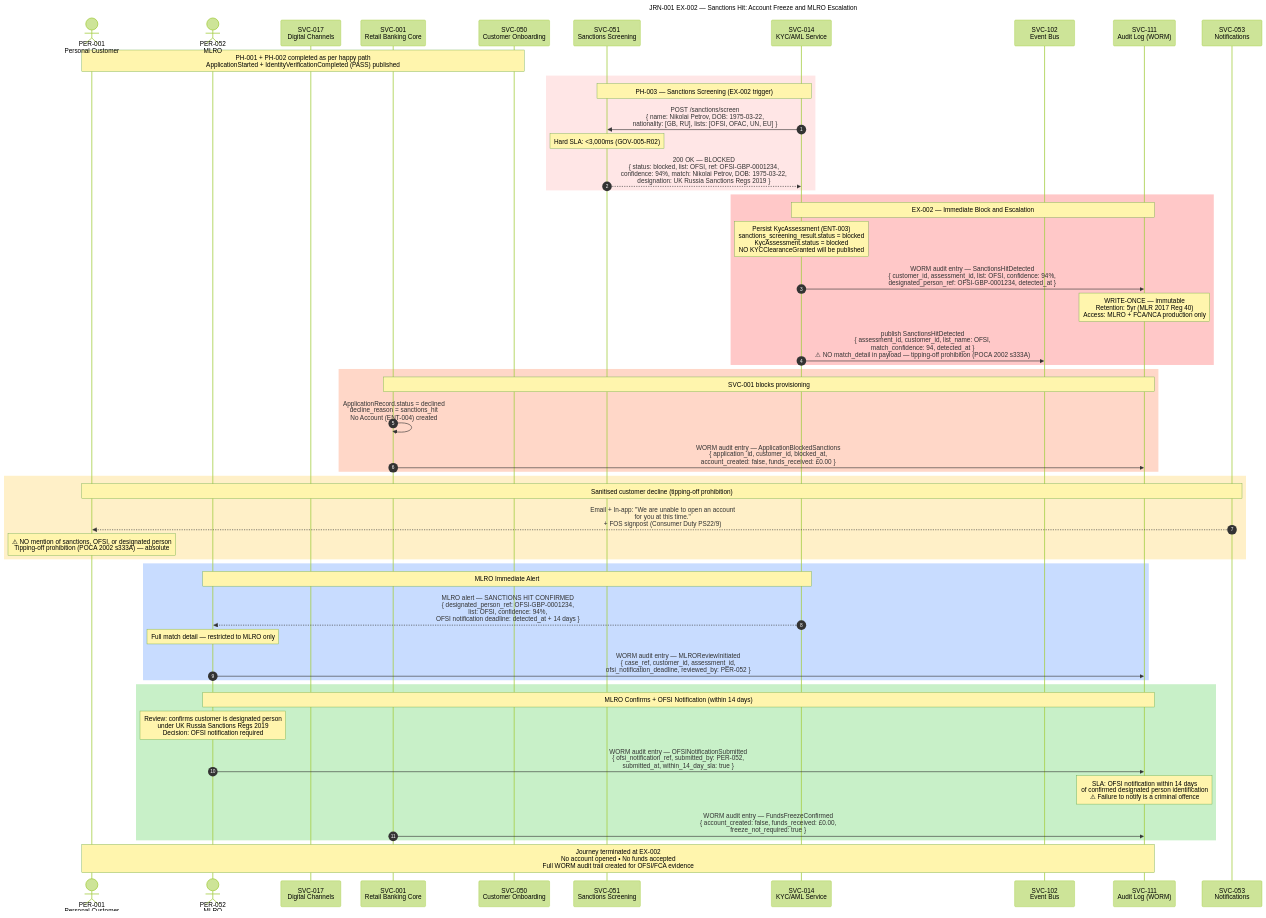
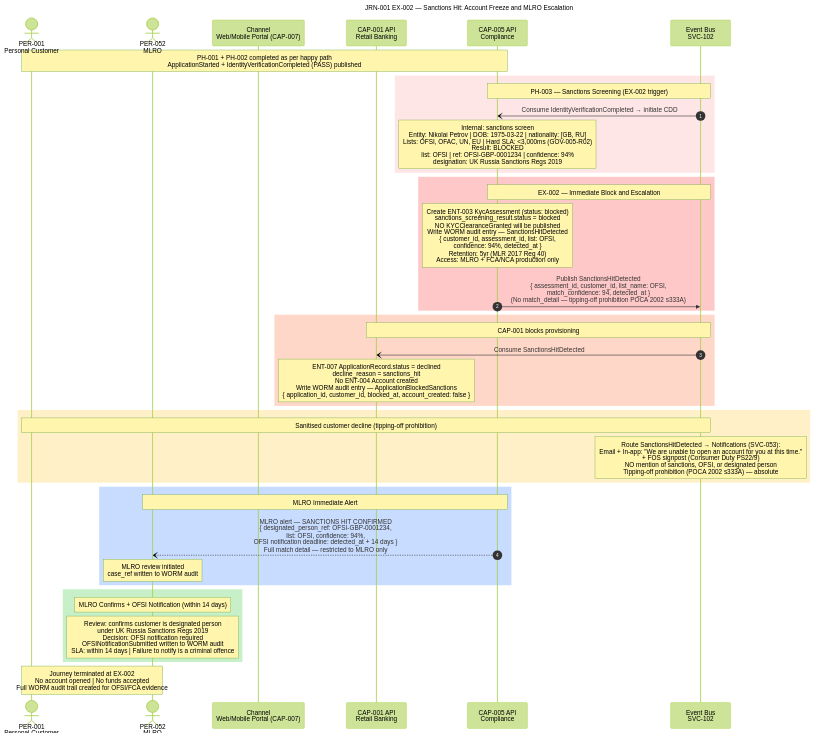
Before and after one commit to chrisxmacedo/dark-factory: the diagram in projects/products/commercial-bank/artefacts/models/personal-current-account-opening/sequence-diagrams/sanctions-hit.mmd, drawn with Mermaid (forest theme). The commit also changed 126 other files, not shown here.

First line of the commit message:
fix: full remediation — 720 annotations stripped, sequence diagrams rebuilt, API contracts per-capability

```diff
--- a/projects/products/commercial-bank/artefacts/models/personal-current-account-opening/sequence-diagrams/sanctions-hit.mmd
+++ b/projects/products/commercial-bank/artefacts/models/personal-current-account-opening/sequence-diagrams/sanctions-hit.mmd
@@ -1,62 +1,50 @@
 ---
 title: "JRN-001 EX-002 — Sanctions Hit: Account Freeze and MLRO Escalation"
 ---
 sequenceDiagram
     autonumber
 
     actor PER001 as PER-001<br/>Personal Customer
     actor PER052 as PER-052<br/>MLRO
-    participant SVC017 as SVC-017<br/>Digital Channels
-    participant SVC001 as SVC-001<br/>Retail Banking Core
-    participant SVC050 as SVC-050<br/>Customer Onboarding
-    participant SVC051 as SVC-051<br/>Sanctions Screening
-    participant SVC014 as SVC-014<br/>KYC/AML Service
-    participant EB as SVC-102<br/>Event Bus
-    participant WORM as SVC-111<br/>Audit Log (WORM)
-    participant SVC053 as SVC-053<br/>Notifications
+    participant Channel as Channel<br/>Web/Mobile Portal (CAP-007)
+    participant CAP001 as CAP-001 API<br/>Retail Banking
+    participant CAP005 as CAP-005 API<br/>Compliance
+    participant EB as Event Bus<br/>SVC-102
 
-    Note over PER001,SVC050: PH-001 + PH-002 completed as per happy path<br/>ApplicationStarted + IdentityVerificationCompleted (PASS) published
+    Note over PER001,CAP005: PH-001 + PH-002 completed as per happy path<br/>ApplicationStarted + IdentityVerificationCompleted (PASS) published
 
     rect rgb(255, 230, 230)
-        Note over SVC014,SVC051: PH-003 — Sanctions Screening (EX-002 trigger)
-        SVC014->>SVC051: POST /sanctions/screen<br/>{ name: Nikolai Petrov, DOB: 1975-03-22,<br/>nationality: [GB, RU], lists: [OFSI, OFAC, UN, EU] }
-        Note over SVC051: Hard SLA: <3,000ms (GOV-005-R02)
-        SVC051-->>SVC014: 200 OK — BLOCKED<br/>{ status: blocked, list: OFSI, ref: OFSI-GBP-0001234,<br/>confidence: 94%, match: Nikolai Petrov, DOB: 1975-03-22,<br/>designation: UK Russia Sanctions Regs 2019 }
+        Note over EB,CAP005: PH-003 — Sanctions Screening (EX-002 trigger)
+        EB-)CAP005: Consume IdentityVerificationCompleted → initiate CDD
+        Note over CAP005: Internal: sanctions screen<br/>Entity: Nikolai Petrov | DOB: 1975-03-22 | nationality: [GB, RU]<br/>Lists: OFSI, OFAC, UN, EU | Hard SLA: <3,000ms (GOV-005-R02)<br/>Result: BLOCKED<br/>list: OFSI | ref: OFSI-GBP-0001234 | confidence: 94%<br/>designation: UK Russia Sanctions Regs 2019
     end
 
     rect rgb(255, 200, 200)
-        Note over SVC014,WORM: EX-002 — Immediate Block and Escalation
-        Note over SVC014: Persist KycAssessment (ENT-003)<br/>sanctions_screening_result.status = blocked<br/>KycAssessment.status = blocked<br/>NO KYCClearanceGranted will be published
-        SVC014->>WORM: WORM audit entry — SanctionsHitDetected<br/>{ customer_id, assessment_id, list: OFSI, confidence: 94%,<br/>designated_person_ref: OFSI-GBP-0001234, detected_at }
-        Note over WORM: WRITE-ONCE — immutable<br/>Retention: 5yr (MLR 2017 Reg 40)<br/>Access: MLRO + FCA/NCA production only
-        SVC014->>EB: publish SanctionsHitDetected<br/>{ assessment_id, customer_id, list_name: OFSI,<br/>match_confidence: 94, detected_at }<br/>⚠ NO match_detail in payload — tipping-off prohibition (POCA 2002 s333A)
+        Note over CAP005,EB: EX-002 — Immediate Block and Escalation
+        Note over CAP005: Create ENT-003 KycAssessment (status: blocked)<br/>sanctions_screening_result.status = blocked<br/>NO KYCClearanceGranted will be published<br/>Write WORM audit entry — SanctionsHitDetected<br/>{ customer_id, assessment_id, list: OFSI,<br/>confidence: 94%, detected_at }<br/>Retention: 5yr (MLR 2017 Reg 40)<br/>Access: MLRO + FCA/NCA production only
+        CAP005->>EB: Publish SanctionsHitDetected<br/>{ assessment_id, customer_id, list_name: OFSI,<br/>match_confidence: 94, detected_at }<br/>(No match_detail — tipping-off prohibition POCA 2002 s333A)
     end
 
     rect rgb(255, 215, 200)
-        Note over SVC001,WORM: SVC-001 blocks provisioning
-        SVC001->>SVC001: ApplicationRecord.status = declined<br/>decline_reason = sanctions_hit<br/>No Account (ENT-004) created
-        SVC001->>WORM: WORM audit entry — ApplicationBlockedSanctions<br/>{ application_id, customer_id, blocked_at,<br/>account_created: false, funds_received: £0.00 }
+        Note over EB,CAP001: CAP-001 blocks provisioning
+        EB-)CAP001: Consume SanctionsHitDetected
+        Note over CAP001: ENT-007 ApplicationRecord.status = declined<br/>decline_reason = sanctions_hit<br/>No ENT-004 Account created<br/>Write WORM audit entry — ApplicationBlockedSanctions<br/>{ application_id, customer_id, blocked_at, account_created: false }
     end
 
     rect rgb(255, 240, 200)
-        Note over SVC053,PER001: Sanitised customer decline (tipping-off prohibition)
-        SVC053-->>PER001: Email + In-app: "We are unable to open an account<br/>for you at this time."<br/>+ FOS signpost (Consumer Duty PS22/9)
-        Note over PER001: ⚠ NO mention of sanctions, OFSI, or designated person<br/>Tipping-off prohibition (POCA 2002 s333A) — absolute
+        Note over EB,PER001: Sanitised customer decline (tipping-off prohibition)
+        Note over EB: Route SanctionsHitDetected → Notifications (SVC-053):<br/>Email + In-app: "We are unable to open an account for you at this time."<br/>+ FOS signpost (Consumer Duty PS22/9)<br/>NO mention of sanctions, OFSI, or designated person<br/>Tipping-off prohibition (POCA 2002 s333A) — absolute
     end
 
     rect rgb(200, 220, 255)
-        Note over SVC014,PER052: MLRO Immediate Alert
-        SVC014-->>PER052: MLRO alert — SANCTIONS HIT CONFIRMED<br/>{ designated_person_ref: OFSI-GBP-0001234,<br/>list: OFSI, confidence: 94%,<br/>OFSI notification deadline: detected_at + 14 days }
-        Note over PER052: Full match detail — restricted to MLRO only
-        PER052->>WORM: WORM audit entry — MLROReviewInitiated<br/>{ case_ref, customer_id, assessment_id,<br/>ofsi_notification_deadline, reviewed_by: PER-052 }
+        Note over CAP005,PER052: MLRO Immediate Alert
+        CAP005--)PER052: MLRO alert — SANCTIONS HIT CONFIRMED<br/>{ designated_person_ref: OFSI-GBP-0001234,<br/>list: OFSI, confidence: 94%,<br/>OFSI notification deadline: detected_at + 14 days }<br/>Full match detail — restricted to MLRO only
+        Note over PER052: MLRO review initiated<br/>case_ref written to WORM audit
     end
 
     rect rgb(200, 240, 200)
-        Note over PER052,WORM: MLRO Confirms + OFSI Notification (within 14 days)
-        Note over PER052: Review: confirms customer is designated person<br/>under UK Russia Sanctions Regs 2019<br/>Decision: OFSI notification required
-        PER052->>WORM: WORM audit entry — OFSINotificationSubmitted<br/>{ ofsi_notification_ref, submitted_by: PER-052,<br/>submitted_at, within_14_day_sla: true }
-        Note over WORM: SLA: OFSI notification within 14 days<br/>of confirmed designated person identification<br/>⚠ Failure to notify is a criminal offence
-        SVC001->>WORM: WORM audit entry — FundsFreezeConfirmed<br/>{ account_created: false, funds_received: £0.00,<br/>freeze_not_required: true }
+        Note over PER052: MLRO Confirms + OFSI Notification (within 14 days)
+        Note over PER052: Review: confirms customer is designated person<br/>under UK Russia Sanctions Regs 2019<br/>Decision: OFSI notification required<br/>OFSINotificationSubmitted written to WORM audit<br/>SLA: within 14 days | Failure to notify is a criminal offence
     end
 
-    Note over PER001,WORM: Journey terminated at EX-002<br/>No account opened • No funds accepted<br/>Full WORM audit trail created for OFSI/FCA evidence
+    Note over PER001,PER052: Journey terminated at EX-002<br/>No account opened | No funds accepted<br/>Full WORM audit trail created for OFSI/FCA evidence
```
